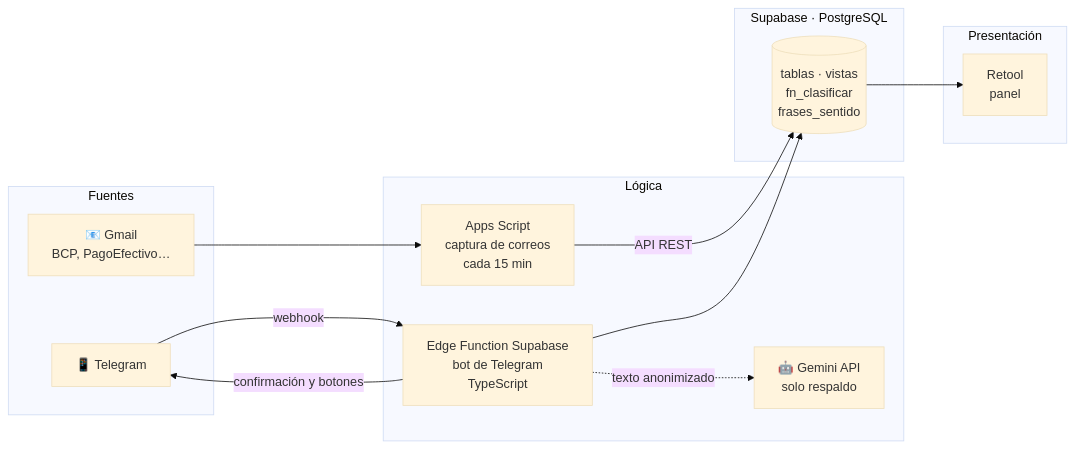
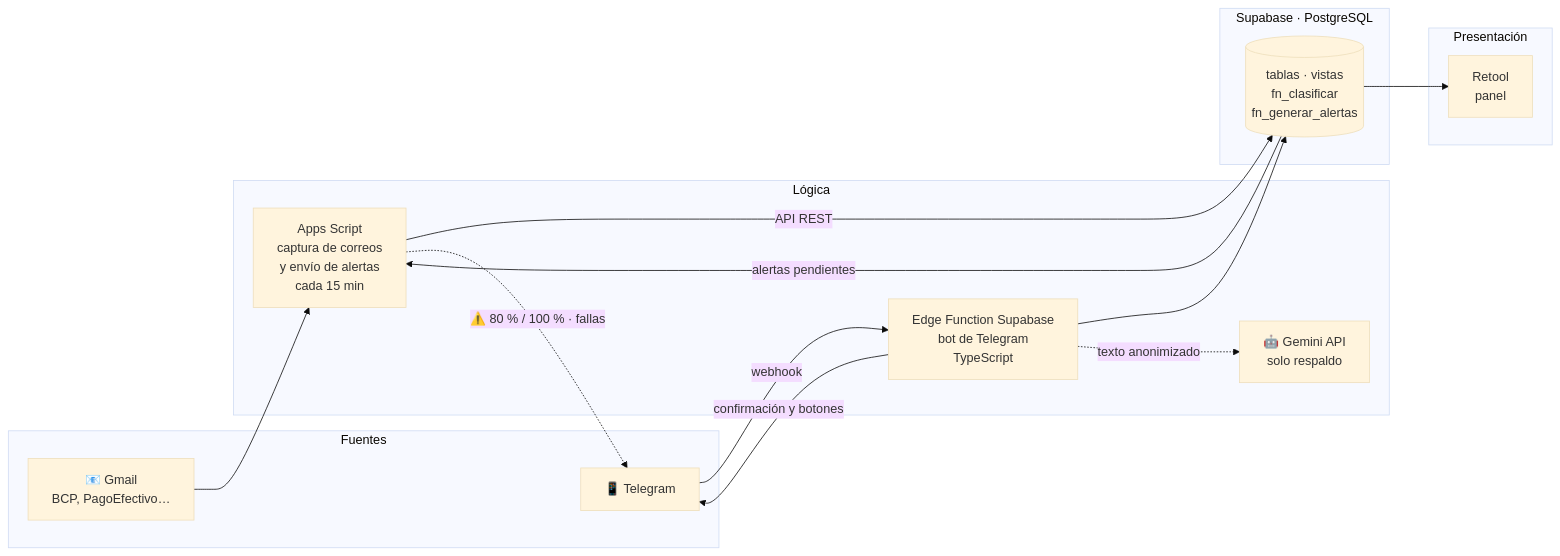
One commit to Guille2977/Finanzas-personales changed the diagram in README.md. Above: the diagram before and after it, drawn with Mermaid (base theme). The commit also changed other lines of this file and 9 other files, not shown here.

````diff
--- a/README.md
+++ b/README.md
@@ -22,23 +22,24 @@
 ```mermaid
 flowchart LR
     subgraph Fuentes
         G[📧 Gmail<br/>BCP, PagoEfectivo…]
         T[📱 Telegram]
     end
     subgraph Lógica
-        AS[Apps Script<br/>captura de correos<br/>cada 15 min]
+        AS[Apps Script<br/>captura de correos<br/>y envío de alertas<br/>cada 15 min]
         EF[Edge Function Supabase<br/>bot de Telegram<br/>TypeScript]
         IA[🤖 Gemini API<br/>solo respaldo]
     end
     subgraph Datos["Supabase · PostgreSQL"]
-        DB[(tablas · vistas<br/>fn_clasificar<br/>frases_sentido)]
+        DB[(tablas · vistas<br/>fn_clasificar<br/>fn_generar_alertas)]
     end
     subgraph Presentación
         R[Retool<br/>panel]
     end
     G --> AS -->|API REST| DB
     T -->|webhook| EF --> DB
     EF -.->|"texto anonimizado"| IA
     DB --> R
     EF -->|confirmación y botones| T
+    DB -->|alertas pendientes| AS -.->|"⚠️ 80 % / 100 % · fallas"| T
 ```
````
